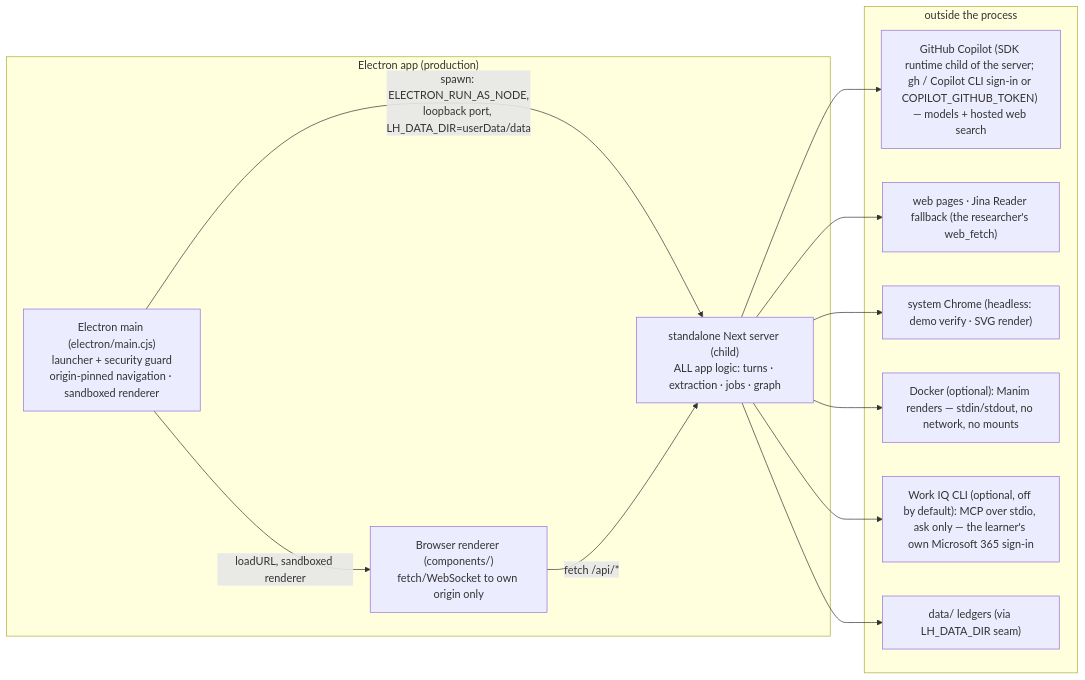
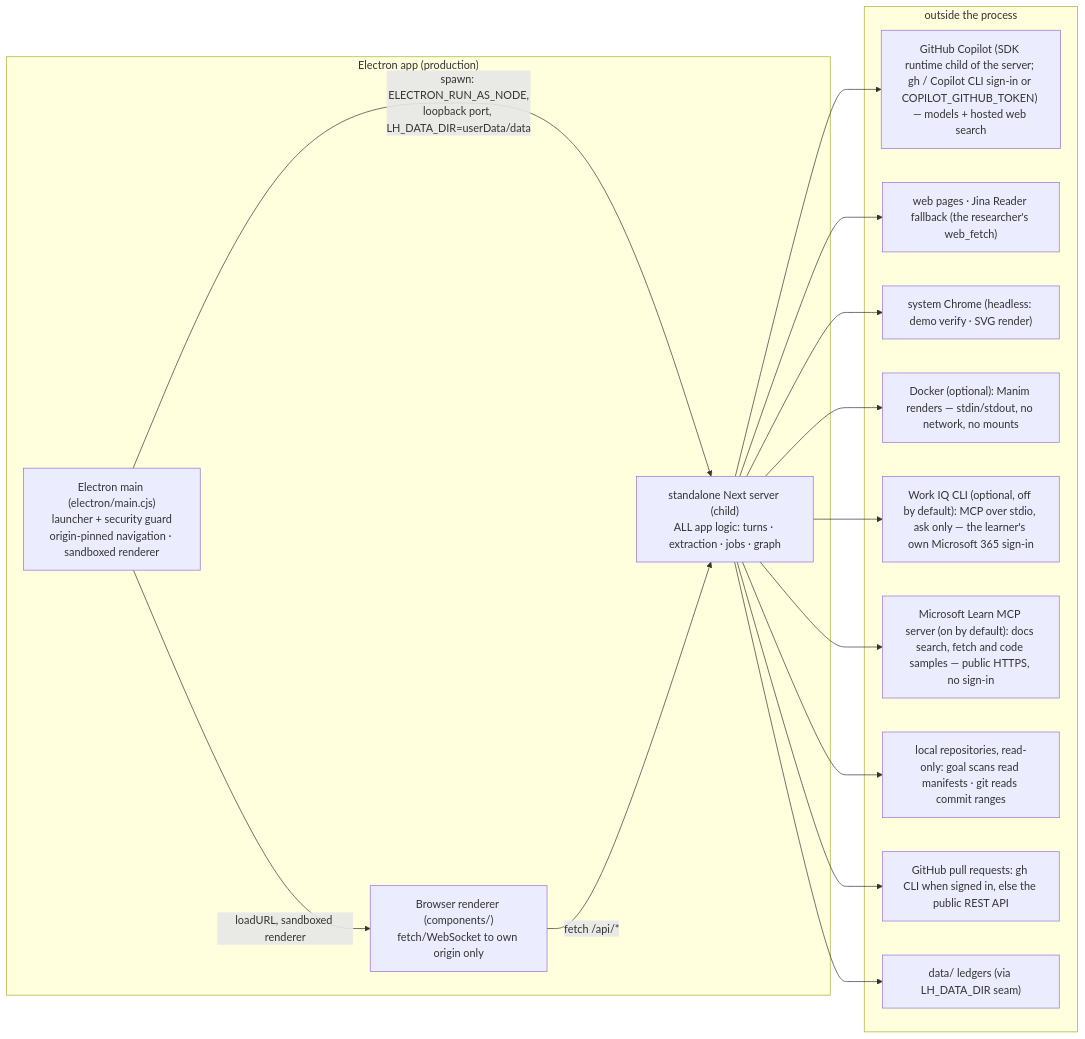
Before and after one commit to Bakar404/cairn: the seventh of 7 diagrams in docs/architecture.md, drawn with Mermaid. The commit also changed other lines of this file and 15 other files, not shown here.

````diff
--- a/docs/architecture.md
+++ b/docs/architecture.md
@@ -411,22 +416,28 @@
 ```mermaid
 flowchart LR
     subgraph DESKTOP["Electron app (production)"]
         MAIN["Electron main (electron/main.cjs)<br/>launcher + security guard<br/>origin-pinned navigation · sandboxed renderer"] -->|"spawn: ELECTRON_RUN_AS_NODE,<br/>loopback port, LH_DATA_DIR=userData/data"| NEXT["standalone Next server (child)<br/>ALL app logic: turns · extraction · jobs · graph"]
         MAIN -->|"loadURL, sandboxed renderer"| REND["Browser renderer (components/)<br/>fetch/WebSocket to own origin only"]
     end
     subgraph OUTSIDE["outside the process"]
         CP["GitHub Copilot (SDK runtime child of the server; gh / Copilot CLI sign-in or COPILOT_GITHUB_TOKEN) — models + hosted web search"]
         WEBT["web pages · Jina Reader fallback (the researcher's web_fetch)"]
         CHROME["system Chrome (headless: demo verify · SVG render)"]
         DOCKER["Docker (optional): Manim renders — stdin/stdout, no network, no mounts"]
         WORKIQ["Work IQ CLI (optional, off by default): MCP over stdio, ask only — the learner's own Microsoft 365 sign-in"]
+        LEARN["Microsoft Learn MCP server (on by default): docs search, fetch and code samples — public HTTPS, no sign-in"]
+        REPOS["local repositories, read-only: goal scans read manifests · git reads commit ranges"]
+        GH["GitHub pull requests: gh CLI when signed in, else the public REST API"]
         DISK["data/ ledgers (via LH_DATA_DIR seam)"]
     end
     NEXT --> CP
     NEXT --> WEBT
     NEXT --> CHROME
     NEXT --> DOCKER
     NEXT --> WORKIQ
+    NEXT --> LEARN
+    NEXT --> REPOS
+    NEXT --> GH
     NEXT --> DISK
     REND -->|"fetch /api/*"| NEXT
 ```
````
